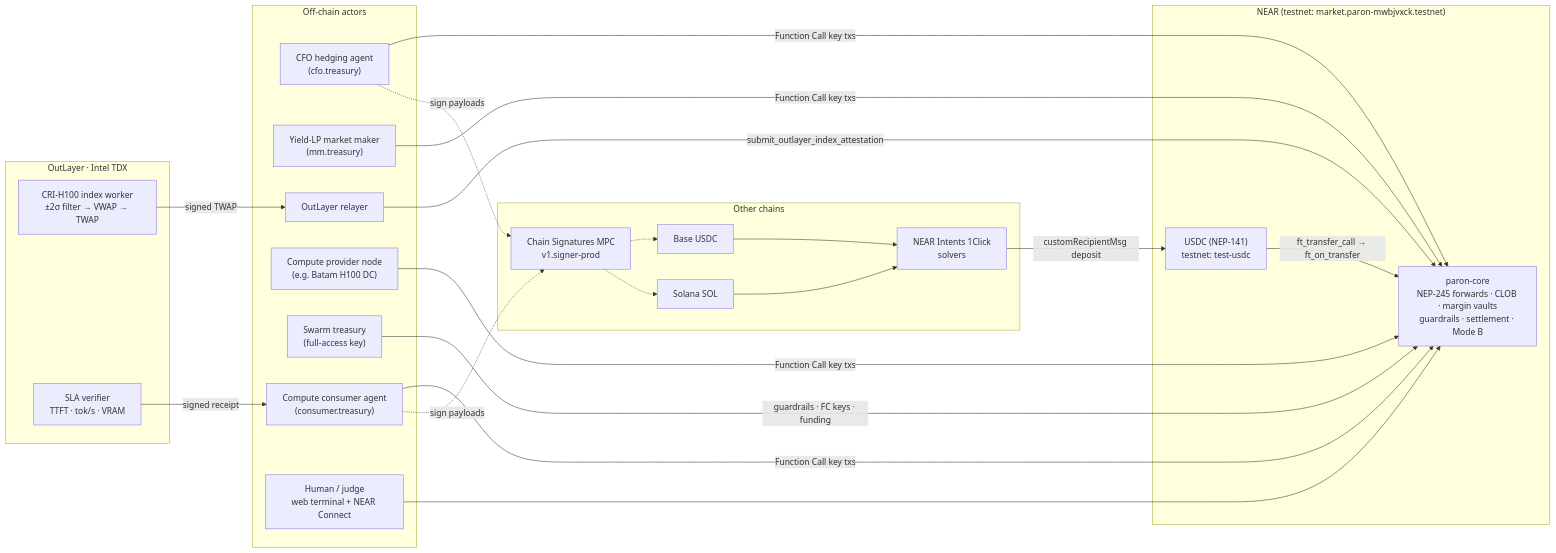
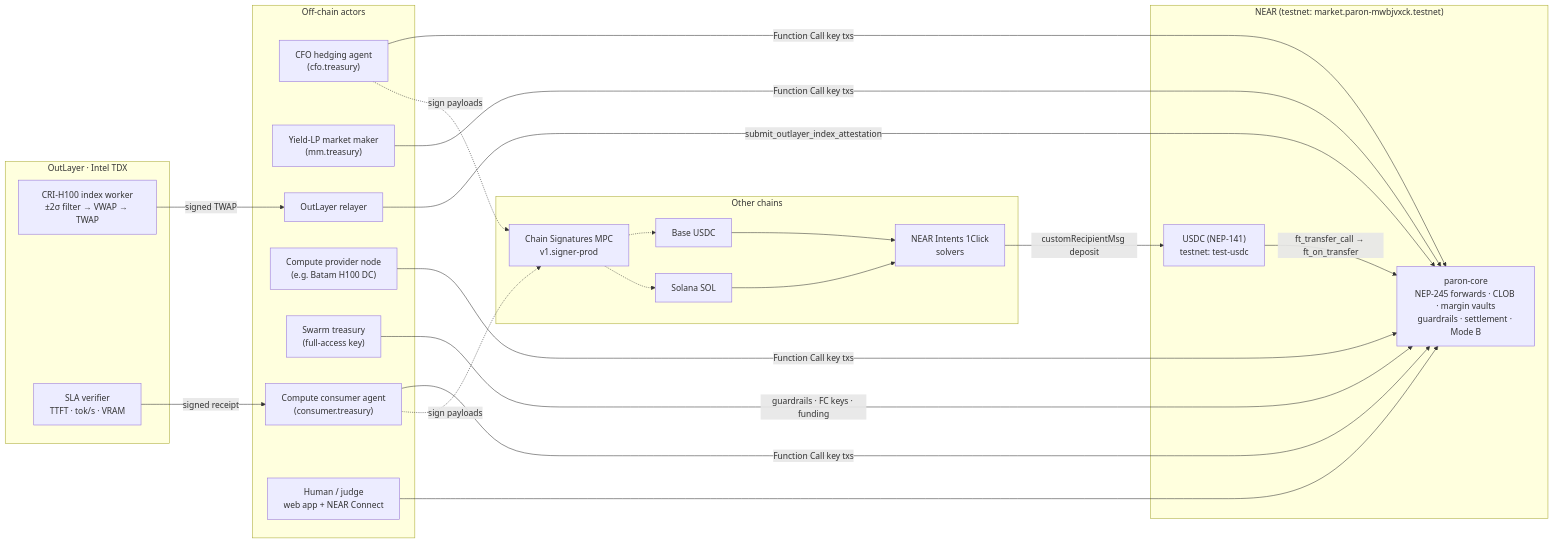
One commit to Fatihmaull/NEAR-hack changed the first of 5 diagrams in docs/FEATURES.md. Above: the diagram before and after it, drawn with Mermaid. The commit also changed other lines of this file and 59 other files, not shown here.

````diff
--- a/docs/FEATURES.md
+++ b/docs/FEATURES.md
@@ -8,38 +8,38 @@
 ```mermaid
 flowchart LR
   subgraph OffChain["Off-chain actors"]
     CFO["CFO hedging agent<br/>(cfo.treasury)"]
     MM["Yield-LP market maker<br/>(mm.treasury)"]
     CON["Compute consumer agent<br/>(consumer.treasury)"]
     PRV["Compute provider node<br/>(e.g. Batam H100 DC)"]
     TRE["Swarm treasury<br/>(full-access key)"]
     REL["OutLayer relayer"]
-    USER["Human / judge<br/>web terminal + NEAR Connect"]
+    USER["Human / judge<br/>web app + NEAR Connect"]
   end
 
   subgraph TEE["OutLayer · Intel TDX"]
     ORA["CRI-H100 index worker<br/>±2σ filter → VWAP → TWAP"]
     SLA["SLA verifier<br/>TTFT · tok/s · VRAM"]
   end
 
   subgraph NEAR["NEAR (testnet: market.paron-mwbjvxck.testnet)"]
     CORE["paron-core<br/>NEP-245 forwards · CLOB · margin vaults<br/>guardrails · settlement · Mode B"]
     USDC["USDC (NEP-141)<br/>testnet: test-usdc"]
   end
 
   subgraph X["Other chains"]
     BASE["Base USDC"]
     SOL["Solana SOL"]
     ONE["NEAR Intents 1Click<br/>solvers"]
     MPC["Chain Signatures MPC<br/>v1.signer-prod"]
   end
 
   TRE -- "guardrails · FC keys · funding" --> CORE
   CFO & MM & CON & PRV -- "Function Call key txs" --> CORE
   ORA -- "signed TWAP" --> REL -- "submit_outlayer_index_attestation" --> CORE
   SLA -- "signed receipt" --> CON
   USDC -- "ft_transfer_call → ft_on_transfer" --> CORE
   BASE & SOL --> ONE -- "customRecipientMsg deposit" --> USDC
   CFO & CON -. "sign payloads" .-> MPC -.-> BASE & SOL
   USER --> CORE
 ```
````
